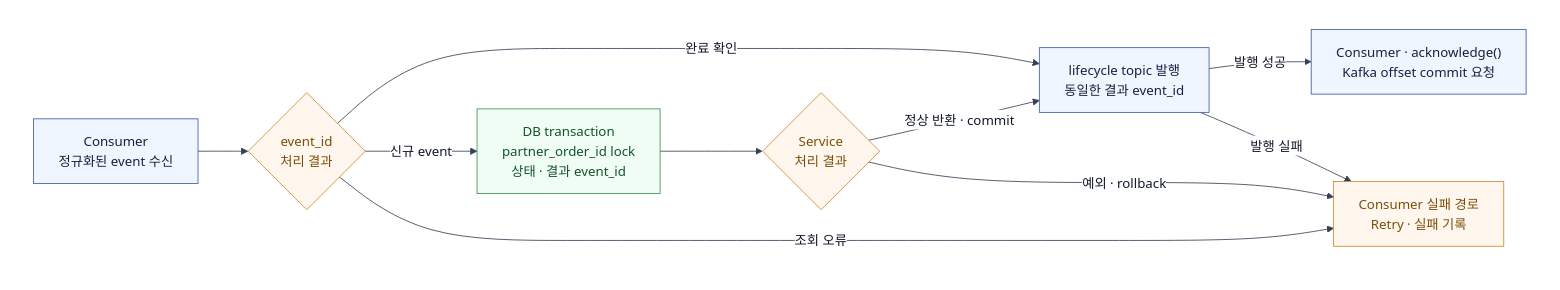
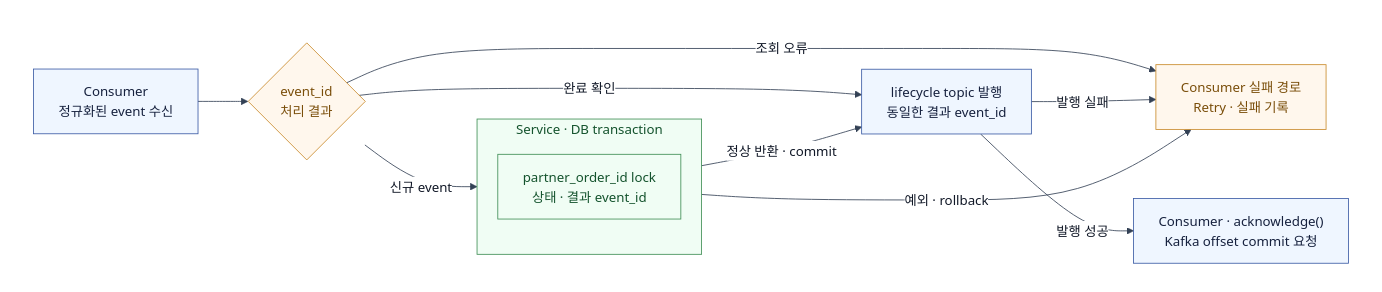
One commit to Hyune-c/Hyune-c.github.io changed the second of 2 diagrams in src/content/blog/redeemcode-order-event.md. Above: the diagram before and after it, drawn with Mermaid. The commit also changed other lines of this file, not shown here.

Commit message:
docs: refine redeemcode event flow

````diff
--- a/src/content/blog/redeemcode-order-event.md
+++ b/src/content/blog/redeemcode-order-event.md
@@ -196,43 +188,46 @@
 ```mermaid
 ---
 config:
   theme: base
   themeVariables:
     darkMode: false
     primaryTextColor: "#111827"
     lineColor: "#334155"
     edgeLabelBackground: "#ffffff"
   flowchart:
     nodeSpacing: 30
     rankSpacing: 35
 ---
 flowchart LR
   subgraph canvas[" "]
     direction LR
     consume["Consumer<br/>정규화된 event 수신"]
     result{"event_id<br/>처리 결과"}
-    persist["DB transaction<br/>partner_order_id lock<br/>상태 · 결과 event_id"]
-    outcome{"Service<br/>처리 결과"}
     publish["lifecycle topic 발행<br/>동일한 결과 event_id"]
     ack["Consumer · acknowledge()<br/>Kafka offset commit 요청"]
     retry["Consumer 실패 경로<br/>Retry · 실패 기록"]
+
+    subgraph tx["Service · DB transaction"]
+      direction TB
+      persist["partner_order_id lock<br/>상태 · 결과 event_id"]
+    end
 
     consume --> result
     result -->|완료 확인| publish
     result -->|신규 event| persist
     result -->|조회 오류| retry
-    persist --> outcome
-    outcome -->|정상 반환 · commit| publish
-    outcome -->|예외 · rollback| retry
+    persist -->|정상 반환 · commit| publish
+    persist -->|예외 · rollback| retry
     publish -->|발행 성공| ack
     publish -->|발행 실패| retry
   end
 
   classDef app fill:#EFF6FF,stroke:#3B5BA5,stroke-width:1px,color:#16213E
   classDef db fill:#F0FDF4,stroke:#3F8E55,stroke-width:1px,color:#14532D
   classDef ctrl fill:#FFF7ED,stroke:#C98A2B,stroke-width:1px,color:#7A4E0A
   class consume,publish,ack app
   class persist db
-  class result,outcome,retry ctrl
+  class result,retry ctrl
+  style tx fill:#F0FDF4,stroke:#3F8E55,stroke-width:1px,color:#14532D
   style canvas fill:#ffffff,stroke:#ffffff,stroke-width:0px,color:#111827
 ```
````
